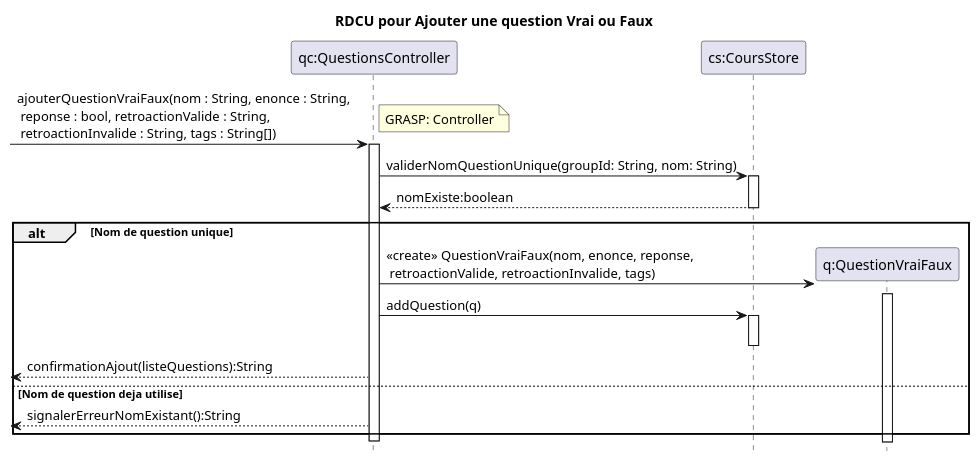
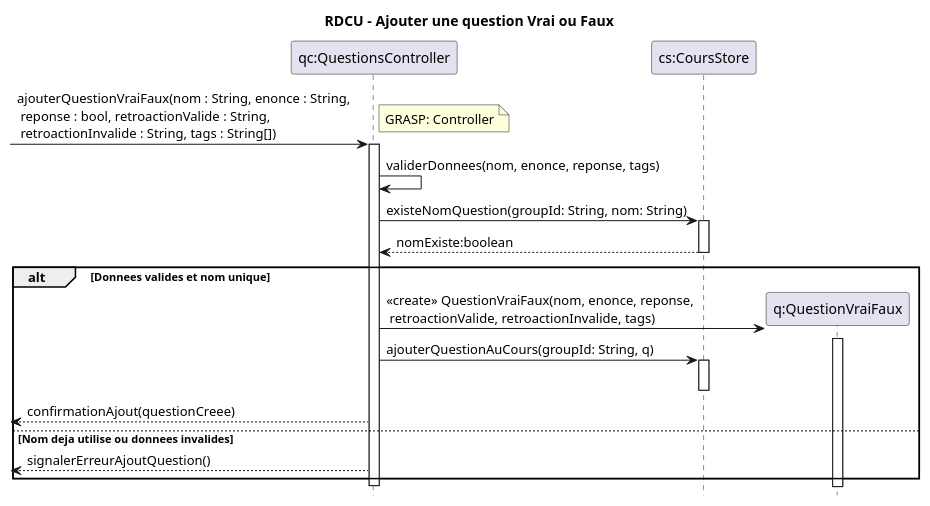
One commit to xMrYahya/moodle-clone changed the diagram in docs/modeles/cu02/rdcu-ajouter-question-vf.puml. Above: the diagram before and after it, drawn with PlantUML. The commit also changed 12 other files, not shown here.

```diff
--- a/docs/modeles/cu02/rdcu-ajouter-question-vf.puml
+++ b/docs/modeles/cu02/rdcu-ajouter-question-vf.puml
@@ -1,34 +1,36 @@
 @startuml
 hide footbox
-title RDCU pour Ajouter une question Vrai ou Faux
+title RDCU - Ajouter une question Vrai ou Faux
 
 participant "qc:QuestionsController" as QC
 participant "cs:CoursStore" as CS
 participant "q:QuestionVraiFaux" as Q
 
 -> QC : ajouterQuestionVraiFaux(nom : String, enonce : String,\n reponse : bool, retroactionValide : String,\n retroactionInvalide : String, tags : String[])
 note right: GRASP: Controller
 activate QC
 
-QC -> CS : validerNomQuestionUnique(groupId: String, nom: String)
+QC -> QC : validerDonnees(nom, enonce, reponse, tags)
+
+QC -> CS : existeNomQuestion(groupId: String, nom: String)
 activate CS
 CS --> QC : nomExiste:boolean
 deactivate CS
 
-alt Nom de question unique
+alt Donnees valides et nom unique
     create Q
     QC -> Q : <<create>> QuestionVraiFaux(nom, enonce, reponse,\n retroactionValide, retroactionInvalide, tags)
     activate Q
     deactivate Q
 
-    QC -> CS : addQuestion(q)
+    QC -> CS : ajouterQuestionAuCours(groupId: String, q)
     activate CS
     deactivate CS
 
-    <-- QC : confirmationAjout(listeQuestions):String
-else Nom de question deja utilise
-    <-- QC : signalerErreurNomExistant():String
+    <-- QC : confirmationAjout(questionCreee)
+else Nom deja utilise ou donnees invalides
+    <-- QC : signalerErreurAjoutQuestion()
 end
 
 deactivate QC
 @enduml
```
